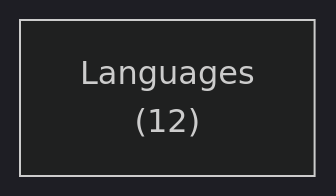
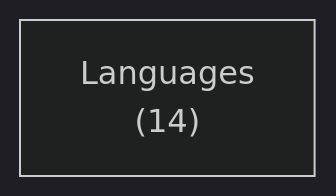
The first of 2 diagrams in docs/lib/language/haskell/depends.md (ruudkoot/rune), drawn with Mermaid (dark theme) before and after one commit. The commit also changed other lines of this file and 40 other files, not shown here.

````diff
--- a/docs/lib/language/haskell/depends.md
+++ b/docs/lib/language/haskell/depends.md
@@ -24,4 +24,4 @@
 ```mermaid
 flowchart LR
-  a0["Languages<br>(12)"]
+  a0["Languages<br>(14)"]
 ```
````
